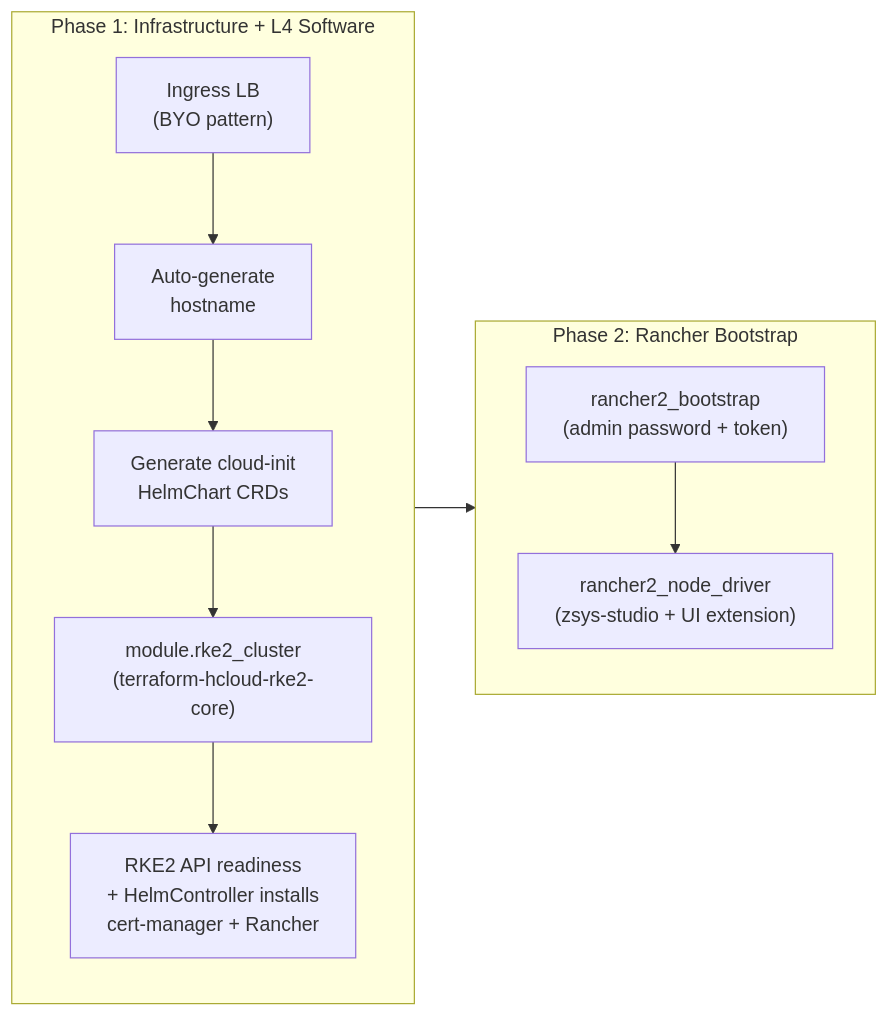
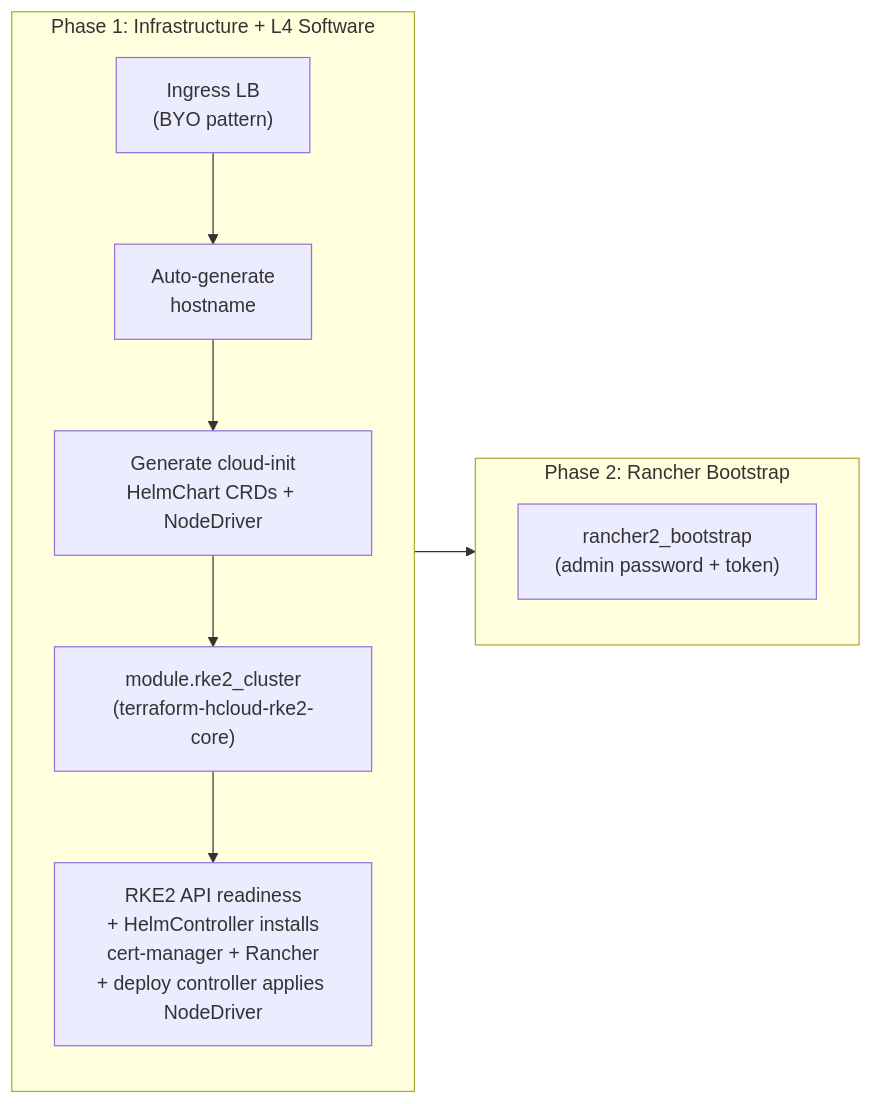
One commit to mbilan1/terraform-hcloud-rancher changed the third of 6 diagrams in docs/ARCHITECTURE.md. Above: the diagram before and after it, drawn with Mermaid. The commit also changed other lines of this file and 6 other files, not shown here.

First line of the commit message:
fix(rancher): deploy NodeDriver via cloud-init manifest

````diff
--- a/docs/ARCHITECTURE.md
+++ b/docs/ARCHITECTURE.md
@@ -238,21 +234,19 @@
 ```mermaid
 flowchart LR
     subgraph phase1["Phase 1: Infrastructure + L4 Software"]
         direction TB
         lb["Ingress LB\n(BYO pattern)"]
         hostname["Auto-generate\nhostname"]
-        manifests["Generate cloud-init\nHelmChart CRDs"]
+        manifests["Generate cloud-init\nHelmChart CRDs + NodeDriver"]
         rke2["module.rke2_cluster\n(terraform-hcloud-rke2-core)"]
-        ready["RKE2 API readiness\n+ HelmController installs\ncert-manager + Rancher"]
+        ready["RKE2 API readiness\n+ HelmController installs\ncert-manager + Rancher\n+ deploy controller applies NodeDriver"]
         lb --> hostname --> manifests --> rke2 --> ready
     end
 
     subgraph phase2["Phase 2: Rancher Bootstrap"]
         direction TB
         boot["rancher2_bootstrap\n(admin password + token)"]
-        nd["rancher2_node_driver\n(zsys-studio + UI extension)"]
-        boot --> nd
     end
 
     phase1 --> phase2
 ```
````
